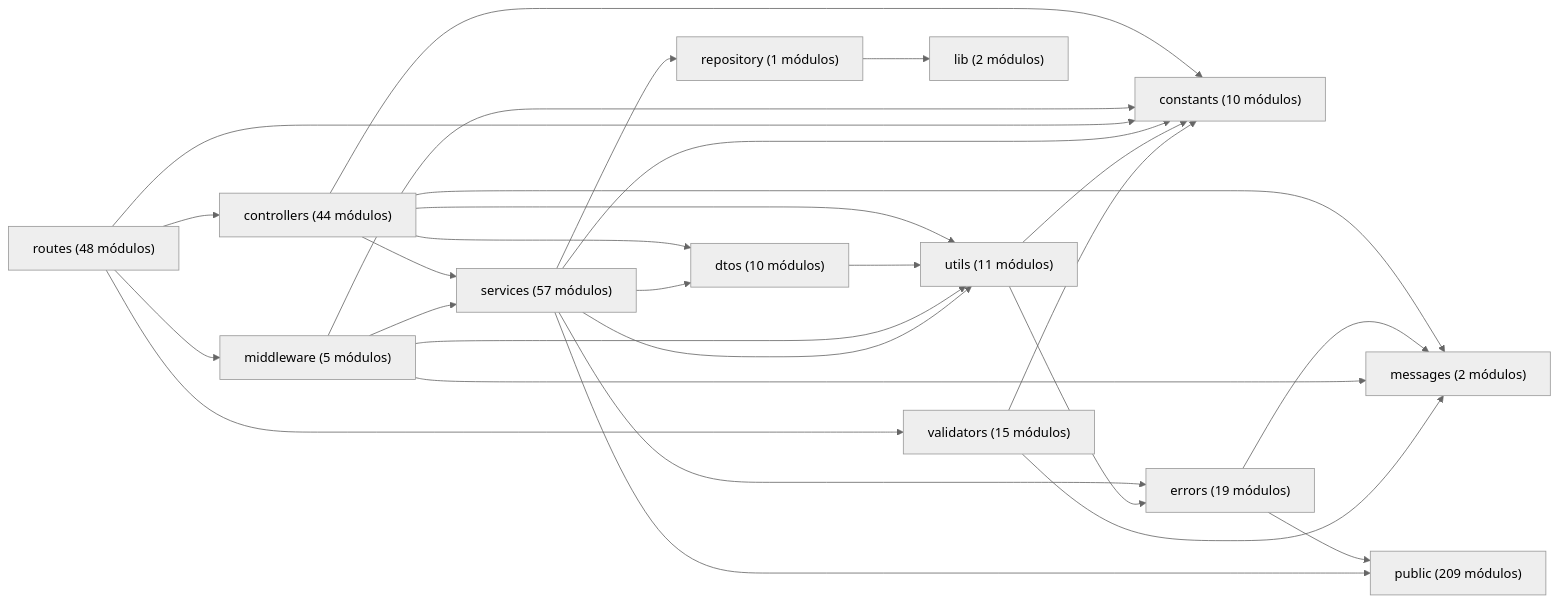
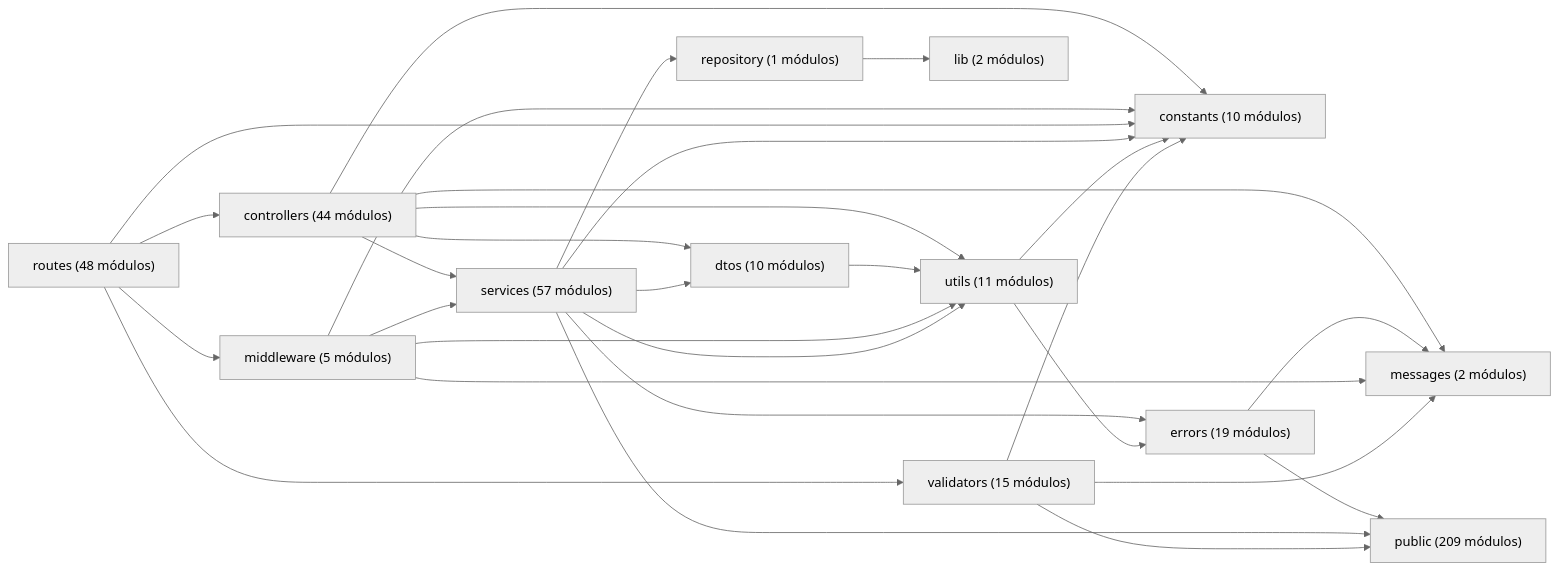
Before and after one commit to gpgsistemas01/nexus: the diagram in docs/architecture/views/development/code-map.md, drawn with Mermaid (neutral theme). The commit also changed 23 other files, not shown here.

````diff
--- a/docs/architecture/views/development/code-map.md
+++ b/docs/architecture/views/development/code-map.md
@@ -14,30 +14,31 @@
 ```mermaid
 flowchart LR
     controllers["controllers (44 módulos)"] --> constants["constants (10 módulos)"]
     controllers["controllers (44 módulos)"] --> dtos["dtos (10 módulos)"]
     controllers["controllers (44 módulos)"] --> messages["messages (2 módulos)"]
     controllers["controllers (44 módulos)"] --> services["services (57 módulos)"]
     controllers["controllers (44 módulos)"] --> utils["utils (11 módulos)"]
     dtos["dtos (10 módulos)"] --> utils["utils (11 módulos)"]
     errors["errors (19 módulos)"] --> messages["messages (2 módulos)"]
     errors["errors (19 módulos)"] --> public["public (209 módulos)"]
     middleware["middleware (5 módulos)"] --> constants["constants (10 módulos)"]
     middleware["middleware (5 módulos)"] --> messages["messages (2 módulos)"]
     middleware["middleware (5 módulos)"] --> services["services (57 módulos)"]
     middleware["middleware (5 módulos)"] --> utils["utils (11 módulos)"]
     repository["repository (1 módulos)"] --> lib["lib (2 módulos)"]
     routes["routes (48 módulos)"] --> constants["constants (10 módulos)"]
     routes["routes (48 módulos)"] --> controllers["controllers (44 módulos)"]
     routes["routes (48 módulos)"] --> middleware["middleware (5 módulos)"]
     routes["routes (48 módulos)"] --> validators["validators (15 módulos)"]
     services["services (57 módulos)"] --> constants["constants (10 módulos)"]
     services["services (57 módulos)"] --> dtos["dtos (10 módulos)"]
     services["services (57 módulos)"] --> errors["errors (19 módulos)"]
     services["services (57 módulos)"] --> public["public (209 módulos)"]
     services["services (57 módulos)"] --> repository["repository (1 módulos)"]
     services["services (57 módulos)"] --> utils["utils (11 módulos)"]
     utils["utils (11 módulos)"] --> constants["constants (10 módulos)"]
     utils["utils (11 módulos)"] --> errors["errors (19 módulos)"]
     validators["validators (15 módulos)"] --> constants["constants (10 módulos)"]
     validators["validators (15 módulos)"] --> messages["messages (2 módulos)"]
+    validators["validators (15 módulos)"] --> public["public (209 módulos)"]
 ```
````
